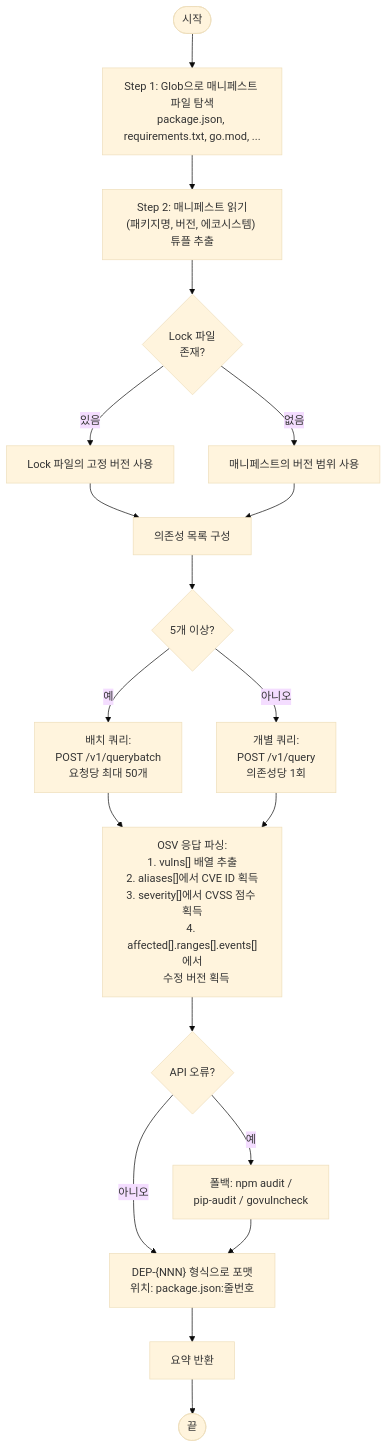
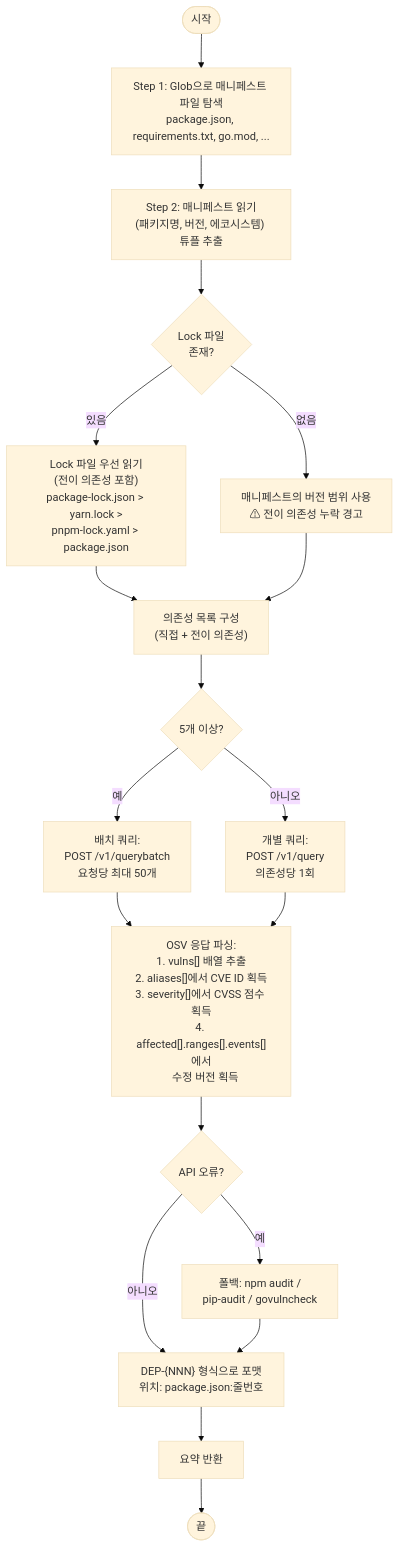
One commit to letsur-dev/vulcheck changed the fifth of 8 diagrams in design/codeinspector.md. Above: the diagram before and after it, drawn with Mermaid (base theme). The commit also changed other lines of this file and 14 other files, not shown here.

````diff
--- a/design/codeinspector.md
+++ b/design/codeinspector.md
@@ -250,28 +266,28 @@
 ```mermaid
 flowchart TD
     Start([시작]) --> Detect["Step 1: Glob으로 매니페스트 파일 탐색<br>package.json, requirements.txt, go.mod, ..."]
     Detect --> Extract["Step 2: 매니페스트 읽기<br>(패키지명, 버전, 에코시스템) 튜플 추출"]
 
     Extract --> LockCheck{"Lock 파일<br>존재?"}
-    LockCheck -->|있음| UseLock["Lock 파일의 고정 버전 사용"]
-    LockCheck -->|없음| UseManifest["매니페스트의 버전 범위 사용"]
-    UseLock --> BuildList["의존성 목록 구성"]
+    LockCheck -->|있음| UseLock["Lock 파일 우선 읽기<br>(전이 의존성 포함)<br>package-lock.json > yarn.lock ><br>pnpm-lock.yaml > package.json"]
+    LockCheck -->|없음| UseManifest["매니페스트의 버전 범위 사용<br>⚠ 전이 의존성 누락 경고"]
+    UseLock --> BuildList["의존성 목록 구성<br>(직접 + 전이 의존성)"]
     UseManifest --> BuildList
 
     BuildList --> BatchCheck{"5개 이상?"}
     BatchCheck -->|예| BatchQuery["배치 쿼리:<br>POST /v1/querybatch<br>요청당 최대 50개"]
     BatchCheck -->|아니오| SingleQuery["개별 쿼리:<br>POST /v1/query<br>의존성당 1회"]
 
     BatchQuery --> ParseResponse
     SingleQuery --> ParseResponse
 
     ParseResponse["OSV 응답 파싱:<br>1. vulns[] 배열 추출<br>2. aliases[]에서 CVE ID 획득<br>3. severity[]에서 CVSS 점수 획득<br>4. affected[].ranges[].events[]에서<br>   수정 버전 획득"]
 
     ParseResponse --> APIFail{"API 오류?"}
     APIFail -->|예| Fallback["폴백: npm audit /<br>pip-audit / govulncheck"]
     APIFail -->|아니오| FormatFindings
 
     Fallback --> FormatFindings["DEP-{NNN} 형식으로 포맷<br>위치: package.json:줄번호"]
     FormatFindings --> Summary["요약 반환"]
     Summary --> End([끝])
 ```
````
